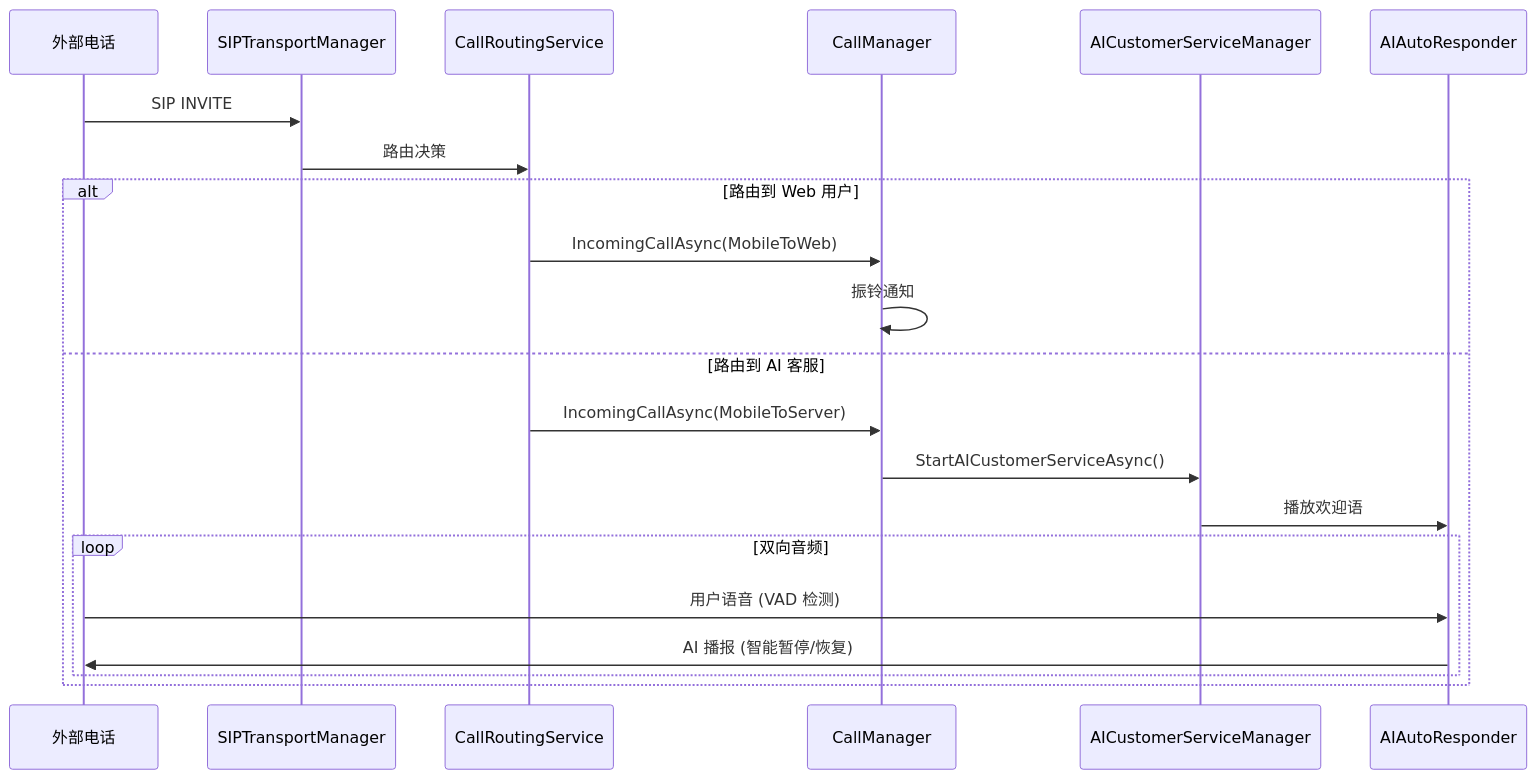
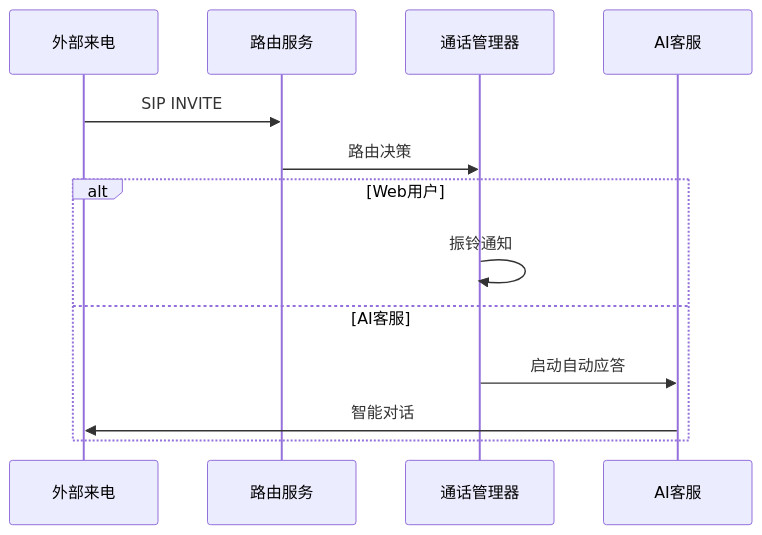
The second of 2 diagrams in README.md (wolfweb/wolfweb-AI.Caller), drawn with Mermaid before and after one commit. The commit also changed other lines of this file and 1 other file, not shown here.

````diff
--- a/README.md
+++ b/README.md
@@ -408,24 +341,16 @@
 ```mermaid
 sequenceDiagram
-    participant External as 外部电话
-    participant SIP as SIPTransportManager
-    participant Routing as CallRoutingService
-    participant CallMgr as CallManager
-    participant AIMgr as AICustomerServiceManager
-    participant Responder as AIAutoResponder
+    participant Ext as 外部来电
+    participant R as 路由服务
+    participant C as 通话管理器
+    participant AI as AI客服
 
-    External->>SIP: SIP INVITE
-    SIP->>Routing: 路由决策
-    alt 路由到 Web 用户
-        Routing->>CallMgr: IncomingCallAsync(MobileToWeb)
-        CallMgr->>CallMgr: 振铃通知
-    else 路由到 AI 客服
-        Routing->>CallMgr: IncomingCallAsync(MobileToServer)
-        CallMgr->>AIMgr: StartAICustomerServiceAsync()
-        AIMgr->>Responder: 播放欢迎语
-        loop 双向音频
-            External->>Responder: 用户语音 (VAD 检测)
-            Responder->>External: AI 播报 (智能暂停/恢复)
-        end
+    Ext->>R: SIP INVITE
+    R->>C: 路由决策
+    alt Web用户
+        C->>C: 振铃通知
+    else AI客服
+        C->>AI: 启动自动应答
+        AI->>Ext: 智能对话
     end
 ```
````
